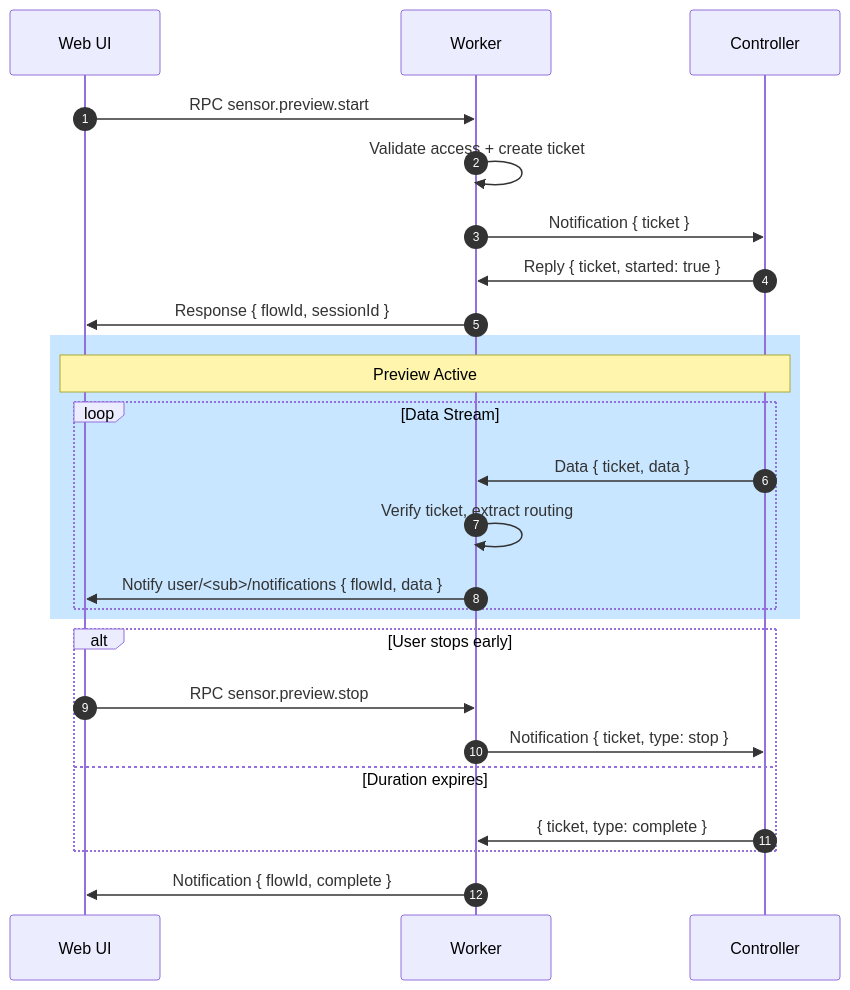
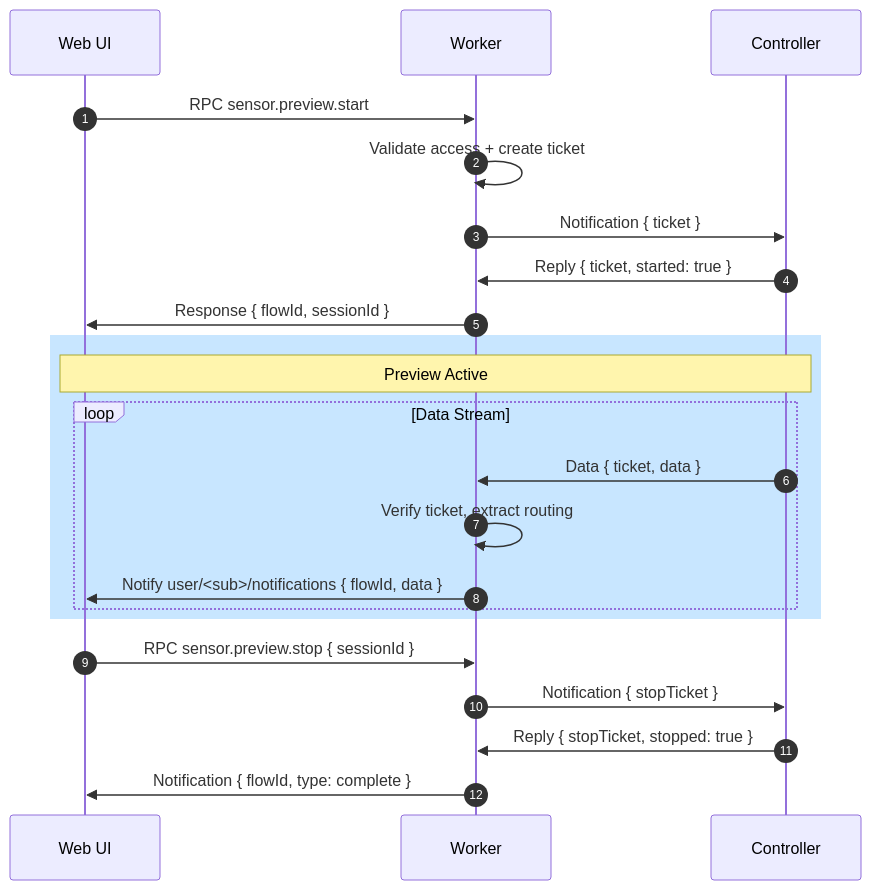
One commit to Tis1201/data_fs04 changed the diagram in docs/architecture/device/mqtt/controllers/SENSOR_PREVIEW.md. Above: the diagram before and after it, drawn with Mermaid. The commit also changed other lines of this file, not shown here.

Commit message:
docs: update SENSOR_PREVIEW flow to include sessionId, stopTicket, and controller replies topic.

````diff
--- a/docs/architecture/device/mqtt/controllers/SENSOR_PREVIEW.md
+++ b/docs/architecture/device/mqtt/controllers/SENSOR_PREVIEW.md
@@ -9,30 +9,27 @@
 ```mermaid
 sequenceDiagram
     autonumber
     participant U as Web UI
     participant W as Worker
     participant C as Controller
 
     U->>W: RPC sensor.preview.start
     W->>W: Validate access + create ticket
     W->>C: Notification { ticket }
     C->>W: Reply { ticket, started: true }
     W->>U: Response { flowId, sessionId }
 
     rect rgb(200, 230, 255)
         Note over C,U: Preview Active
         loop Data Stream
             C->>W: Data { ticket, data }
             W->>W: Verify ticket, extract routing
             W->>U: Notify user/<sub>/notifications { flowId, data }
         end
     end
 
-    alt User stops early
-        U->>W: RPC sensor.preview.stop
-        W->>C: Notification { ticket, type: stop }
-    else Duration expires
-        C->>W: { ticket, type: complete }
-    end
-    W->>U: Notification { flowId, complete }
+    U->>W: RPC sensor.preview.stop { sessionId }
+    W->>C: Notification { stopTicket }
+    C->>W: Reply { stopTicket, stopped: true }
+    W->>U: Notification { flowId, type: complete }
 ```
````
